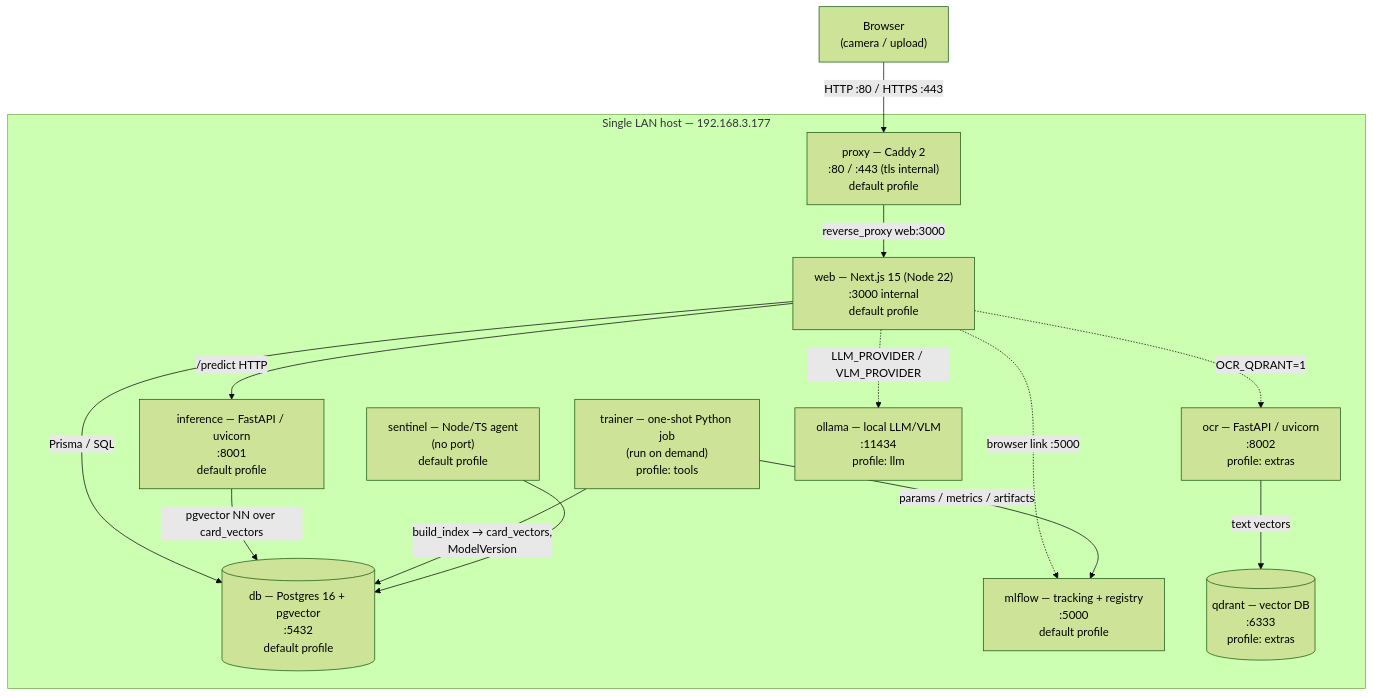
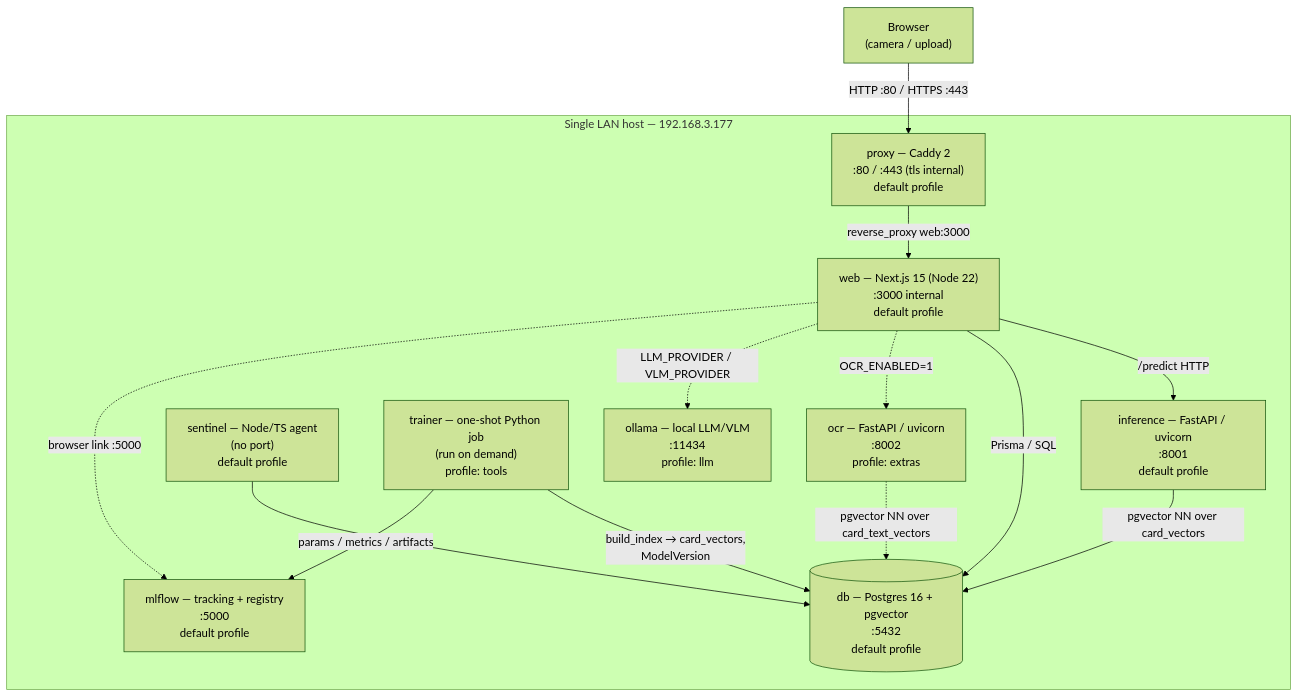
Before and after one commit to kobozo/tcg-recognizer: the first of 2 diagrams in docs/architecture.md, drawn with Mermaid (forest theme). The commit also changed other lines of this file and 15 other files, not shown here.

````diff
--- a/docs/architecture.md
+++ b/docs/architecture.md
@@ -27,34 +28,33 @@
 ```mermaid
 graph TD
   browser["Browser<br/>(camera / upload)"]
 
   subgraph host["Single LAN host — 192.168.3.177"]
     proxy["proxy — Caddy 2<br/>:80 / :443 (tls internal)<br/>default profile"]
     web["web — Next.js 15 (Node 22)<br/>:3000 internal<br/>default profile"]
     inference["inference — FastAPI / uvicorn<br/>:8001<br/>default profile"]
     db[("db — Postgres 16 + pgvector<br/>:5432<br/>default profile")]
     mlflow["mlflow — tracking + registry<br/>:5000<br/>default profile"]
     sentinel["sentinel — Node/TS agent<br/>(no port)<br/>default profile"]
     trainer["trainer — one-shot Python job<br/>(run on demand)<br/>profile: tools"]
     ocr["ocr — FastAPI / uvicorn<br/>:8002<br/>profile: extras"]
-    qdrant[("qdrant — vector DB<br/>:6333<br/>profile: extras")]
     ollama["ollama — local LLM/VLM<br/>:11434<br/>profile: llm"]
   end
 
   browser -->|HTTP :80 / HTTPS :443| proxy
   proxy -->|reverse_proxy web:3000| web
 
   web -->|/predict HTTP| inference
   web -->|Prisma / SQL| db
-  web -.->|OCR_QDRANT=1| ocr
+  web -.->|OCR_ENABLED=1| ocr
   web -.->|LLM_PROVIDER / VLM_PROVIDER| ollama
   web -.->|browser link :5000| mlflow
 
   inference -->|pgvector NN over card_vectors| db
-  ocr -->|text vectors| qdrant
+  ocr -.->|pgvector NN over card_text_vectors| db
 
   trainer -->|build_index → card_vectors,<br/>ModelVersion| db
   trainer -->|params / metrics / artifacts| mlflow
 
   sentinel --> db
 ```
````
